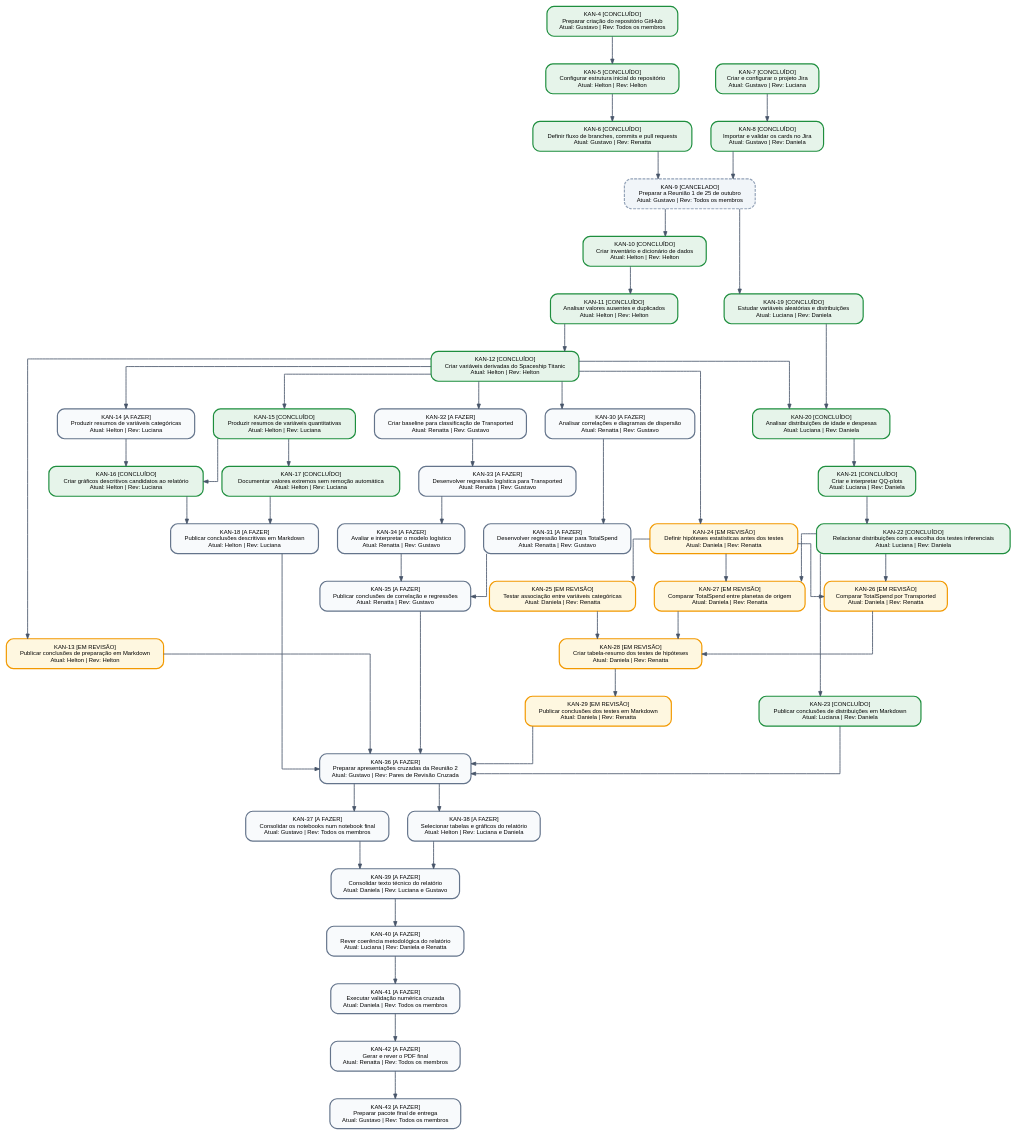
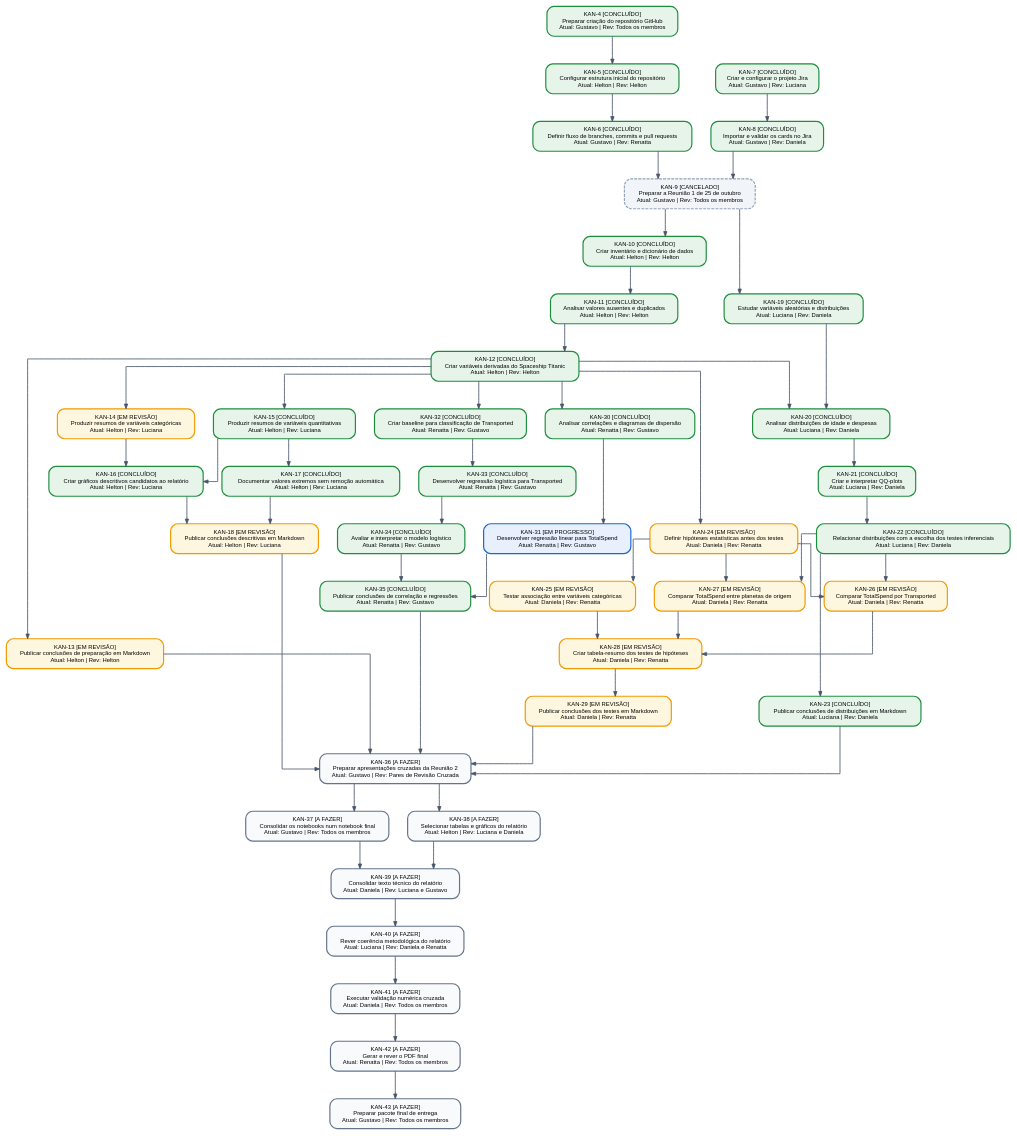
The diagram in docs/mapa_dependencias_jira.dot (gmenezesg/spaceship-titanic-estatistica-posdl), drawn with Graphviz before and after one commit. The commit also changed 4 other files, not shown here.

```diff
--- a/docs/mapa_dependencias_jira.dot
+++ b/docs/mapa_dependencias_jira.dot
@@ -1,103 +1,103 @@
 digraph JiraDependencyMap {
     rankdir=TB;
     splines=ortho;
     nodesep=0.45;
     ranksep=0.65;
     fontname="Helvetica";
     node [shape=box, style="rounded,filled", fontname="Helvetica", fontsize=10, margin="0.18,0.12", penwidth=2.0];
     edge [color="#475569", penwidth=1.4, arrowsize=0.8];
 
     "KAN-4" [label="KAN-4 [CONCLUÍDO]\nPreparar criação do repositório GitHub\nAtual: Gustavo | Rev: Todos os membros", fillcolor="#E6F4EA", color="#1E8E3E", style="rounded,filled"];
     "KAN-5" [label="KAN-5 [CONCLUÍDO]\nConfigurar estrutura inicial do repositório\nAtual: Helton | Rev: Helton", fillcolor="#E6F4EA", color="#1E8E3E", style="rounded,filled"];
     "KAN-6" [label="KAN-6 [CONCLUÍDO]\nDefinir fluxo de branches, commits e pull requests\nAtual: Gustavo | Rev: Renatta", fillcolor="#E6F4EA", color="#1E8E3E", style="rounded,filled"];
     "KAN-7" [label="KAN-7 [CONCLUÍDO]\nCriar e configurar o projeto Jira\nAtual: Gustavo | Rev: Luciana", fillcolor="#E6F4EA", color="#1E8E3E", style="rounded,filled"];
     "KAN-8" [label="KAN-8 [CONCLUÍDO]\nImportar e validar os cards no Jira\nAtual: Gustavo | Rev: Daniela", fillcolor="#E6F4EA", color="#1E8E3E", style="rounded,filled"];
     "KAN-9" [label="KAN-9 [CANCELADO]\nPreparar a Reunião 1 de 25 de outubro\nAtual: Gustavo | Rev: Todos os membros", fillcolor="#F1F5F9", color="#94A3B8", style="rounded,filled,dashed"];
     "KAN-10" [label="KAN-10 [CONCLUÍDO]\nCriar inventário e dicionário de dados\nAtual: Helton | Rev: Helton", fillcolor="#E6F4EA", color="#1E8E3E", style="rounded,filled"];
     "KAN-11" [label="KAN-11 [CONCLUÍDO]\nAnalisar valores ausentes e duplicados\nAtual: Helton | Rev: Helton", fillcolor="#E6F4EA", color="#1E8E3E", style="rounded,filled"];
     "KAN-12" [label="KAN-12 [CONCLUÍDO]\nCriar variáveis derivadas do Spaceship Titanic\nAtual: Helton | Rev: Helton", fillcolor="#E6F4EA", color="#1E8E3E", style="rounded,filled"];
     "KAN-13" [label="KAN-13 [EM REVISÃO]\nPublicar conclusões de preparação em Markdown\nAtual: Helton | Rev: Helton", fillcolor="#FEF7E0", color="#F29900", style="rounded,filled"];
-    "KAN-14" [label="KAN-14 [A FAZER]\nProduzir resumos de variáveis categóricas\nAtual: Helton | Rev: Luciana", fillcolor="#F8FAFC", color="#64748B", style="rounded,filled"];
+    "KAN-14" [label="KAN-14 [EM REVISÃO]\nProduzir resumos de variáveis categóricas\nAtual: Helton | Rev: Luciana", fillcolor="#FEF7E0", color="#F29900", style="rounded,filled"];
     "KAN-15" [label="KAN-15 [CONCLUÍDO]\nProduzir resumos de variáveis quantitativas\nAtual: Helton | Rev: Luciana", fillcolor="#E6F4EA", color="#1E8E3E", style="rounded,filled"];
     "KAN-16" [label="KAN-16 [CONCLUÍDO]\nCriar gráficos descritivos candidatos ao relatório\nAtual: Helton | Rev: Luciana", fillcolor="#E6F4EA", color="#1E8E3E", style="rounded,filled"];
     "KAN-17" [label="KAN-17 [CONCLUÍDO]\nDocumentar valores extremos sem remoção automática\nAtual: Helton | Rev: Luciana", fillcolor="#E6F4EA", color="#1E8E3E", style="rounded,filled"];
-    "KAN-18" [label="KAN-18 [A FAZER]\nPublicar conclusões descritivas em Markdown\nAtual: Helton | Rev: Luciana", fillcolor="#F8FAFC", color="#64748B", style="rounded,filled"];
+    "KAN-18" [label="KAN-18 [EM REVISÃO]\nPublicar conclusões descritivas em Markdown\nAtual: Helton | Rev: Luciana", fillcolor="#FEF7E0", color="#F29900", style="rounded,filled"];
     "KAN-19" [label="KAN-19 [CONCLUÍDO]\nEstudar variáveis aleatórias e distribuições\nAtual: Luciana | Rev: Daniela", fillcolor="#E6F4EA", color="#1E8E3E", style="rounded,filled"];
     "KAN-20" [label="KAN-20 [CONCLUÍDO]\nAnalisar distribuições de idade e despesas\nAtual: Luciana | Rev: Daniela", fillcolor="#E6F4EA", color="#1E8E3E", style="rounded,filled"];
     "KAN-21" [label="KAN-21 [CONCLUÍDO]\nCriar e interpretar QQ-plots\nAtual: Luciana | Rev: Daniela", fillcolor="#E6F4EA", color="#1E8E3E", style="rounded,filled"];
     "KAN-22" [label="KAN-22 [CONCLUÍDO]\nRelacionar distribuições com a escolha dos testes inferenciais\nAtual: Luciana | Rev: Daniela", fillcolor="#E6F4EA", color="#1E8E3E", style="rounded,filled"];
     "KAN-23" [label="KAN-23 [CONCLUÍDO]\nPublicar conclusões de distribuições em Markdown\nAtual: Luciana | Rev: Daniela", fillcolor="#E6F4EA", color="#1E8E3E", style="rounded,filled"];
     "KAN-24" [label="KAN-24 [EM REVISÃO]\nDefinir hipóteses estatísticas antes dos testes\nAtual: Daniela | Rev: Renatta", fillcolor="#FEF7E0", color="#F29900", style="rounded,filled"];
     "KAN-25" [label="KAN-25 [EM REVISÃO]\nTestar associação entre variáveis categóricas\nAtual: Daniela | Rev: Renatta", fillcolor="#FEF7E0", color="#F29900", style="rounded,filled"];
     "KAN-26" [label="KAN-26 [EM REVISÃO]\nComparar TotalSpend por Transported\nAtual: Daniela | Rev: Renatta", fillcolor="#FEF7E0", color="#F29900", style="rounded,filled"];
     "KAN-27" [label="KAN-27 [EM REVISÃO]\nComparar TotalSpend entre planetas de origem\nAtual: Daniela | Rev: Renatta", fillcolor="#FEF7E0", color="#F29900", style="rounded,filled"];
     "KAN-28" [label="KAN-28 [EM REVISÃO]\nCriar tabela-resumo dos testes de hipóteses\nAtual: Daniela | Rev: Renatta", fillcolor="#FEF7E0", color="#F29900", style="rounded,filled"];
     "KAN-29" [label="KAN-29 [EM REVISÃO]\nPublicar conclusões dos testes em Markdown\nAtual: Daniela | Rev: Renatta", fillcolor="#FEF7E0", color="#F29900", style="rounded,filled"];
-    "KAN-30" [label="KAN-30 [A FAZER]\nAnalisar correlações e diagramas de dispersão\nAtual: Renatta | Rev: Gustavo", fillcolor="#F8FAFC", color="#64748B", style="rounded,filled"];
-    "KAN-31" [label="KAN-31 [A FAZER]\nDesenvolver regressão linear para TotalSpend\nAtual: Renatta | Rev: Gustavo", fillcolor="#F8FAFC", color="#64748B", style="rounded,filled"];
-    "KAN-32" [label="KAN-32 [A FAZER]\nCriar baseline para classificação de Transported\nAtual: Renatta | Rev: Gustavo", fillcolor="#F8FAFC", color="#64748B", style="rounded,filled"];
-    "KAN-33" [label="KAN-33 [A FAZER]\nDesenvolver regressão logística para Transported\nAtual: Renatta | Rev: Gustavo", fillcolor="#F8FAFC", color="#64748B", style="rounded,filled"];
-    "KAN-34" [label="KAN-34 [A FAZER]\nAvaliar e interpretar o modelo logístico\nAtual: Renatta | Rev: Gustavo", fillcolor="#F8FAFC", color="#64748B", style="rounded,filled"];
-    "KAN-35" [label="KAN-35 [A FAZER]\nPublicar conclusões de correlação e regressões\nAtual: Renatta | Rev: Gustavo", fillcolor="#F8FAFC", color="#64748B", style="rounded,filled"];
+    "KAN-30" [label="KAN-30 [CONCLUÍDO]\nAnalisar correlações e diagramas de dispersão\nAtual: Renatta | Rev: Gustavo", fillcolor="#E6F4EA", color="#1E8E3E", style="rounded,filled"];
+    "KAN-31" [label="KAN-31 [EM PROGRESSO]\nDesenvolver regressão linear para TotalSpend\nAtual: Renatta | Rev: Gustavo", fillcolor="#E8F0FE", color="#1967D2", style="rounded,filled"];
+    "KAN-32" [label="KAN-32 [CONCLUÍDO]\nCriar baseline para classificação de Transported\nAtual: Renatta | Rev: Gustavo", fillcolor="#E6F4EA", color="#1E8E3E", style="rounded,filled"];
+    "KAN-33" [label="KAN-33 [CONCLUÍDO]\nDesenvolver regressão logística para Transported\nAtual: Renatta | Rev: Gustavo", fillcolor="#E6F4EA", color="#1E8E3E", style="rounded,filled"];
+    "KAN-34" [label="KAN-34 [CONCLUÍDO]\nAvaliar e interpretar o modelo logístico\nAtual: Renatta | Rev: Gustavo", fillcolor="#E6F4EA", color="#1E8E3E", style="rounded,filled"];
+    "KAN-35" [label="KAN-35 [CONCLUÍDO]\nPublicar conclusões de correlação e regressões\nAtual: Renatta | Rev: Gustavo", fillcolor="#E6F4EA", color="#1E8E3E", style="rounded,filled"];
     "KAN-36" [label="KAN-36 [A FAZER]\nPreparar apresentações cruzadas da Reunião 2\nAtual: Gustavo | Rev: Pares de Revisão Cruzada", fillcolor="#F8FAFC", color="#64748B", style="rounded,filled"];
     "KAN-37" [label="KAN-37 [A FAZER]\nConsolidar os notebooks num notebook final\nAtual: Gustavo | Rev: Todos os membros", fillcolor="#F8FAFC", color="#64748B", style="rounded,filled"];
     "KAN-38" [label="KAN-38 [A FAZER]\nSelecionar tabelas e gráficos do relatório\nAtual: Helton | Rev: Luciana e Daniela", fillcolor="#F8FAFC", color="#64748B", style="rounded,filled"];
     "KAN-39" [label="KAN-39 [A FAZER]\nConsolidar texto técnico do relatório\nAtual: Daniela | Rev: Luciana e Gustavo", fillcolor="#F8FAFC", color="#64748B", style="rounded,filled"];
     "KAN-40" [label="KAN-40 [A FAZER]\nRever coerência metodológica do relatório\nAtual: Luciana | Rev: Daniela e Renatta", fillcolor="#F8FAFC", color="#64748B", style="rounded,filled"];
     "KAN-41" [label="KAN-41 [A FAZER]\nExecutar validação numérica cruzada\nAtual: Daniela | Rev: Todos os membros", fillcolor="#F8FAFC", color="#64748B", style="rounded,filled"];
     "KAN-42" [label="KAN-42 [A FAZER]\nGerar e rever o PDF final\nAtual: Renatta | Rev: Todos os membros", fillcolor="#F8FAFC", color="#64748B", style="rounded,filled"];
     "KAN-43" [label="KAN-43 [A FAZER]\nPreparar pacote final de entrega\nAtual: Gustavo | Rev: Todos os membros", fillcolor="#F8FAFC", color="#64748B", style="rounded,filled"];
 
     "KAN-4" -> "KAN-5";
     "KAN-5" -> "KAN-6";
     "KAN-7" -> "KAN-8";
     "KAN-6" -> "KAN-9";
     "KAN-8" -> "KAN-9";
     "KAN-9" -> "KAN-10";
     "KAN-10" -> "KAN-11";
     "KAN-11" -> "KAN-12";
     "KAN-12" -> "KAN-13";
     "KAN-12" -> "KAN-14";
     "KAN-12" -> "KAN-15";
     "KAN-14" -> "KAN-16";
     "KAN-15" -> "KAN-16";
     "KAN-15" -> "KAN-17";
     "KAN-16" -> "KAN-18";
     "KAN-17" -> "KAN-18";
     "KAN-9" -> "KAN-19";
     "KAN-12" -> "KAN-20";
     "KAN-19" -> "KAN-20";
     "KAN-20" -> "KAN-21";
     "KAN-21" -> "KAN-22";
     "KAN-22" -> "KAN-23";
     "KAN-12" -> "KAN-24";
     "KAN-24" -> "KAN-25";
     "KAN-22" -> "KAN-26";
     "KAN-24" -> "KAN-26";
     "KAN-22" -> "KAN-27";
     "KAN-24" -> "KAN-27";
     "KAN-25" -> "KAN-28";
     "KAN-26" -> "KAN-28";
     "KAN-27" -> "KAN-28";
     "KAN-28" -> "KAN-29";
     "KAN-12" -> "KAN-30";
     "KAN-30" -> "KAN-31";
     "KAN-12" -> "KAN-32";
     "KAN-32" -> "KAN-33";
     "KAN-33" -> "KAN-34";
     "KAN-34" -> "KAN-35";
     "KAN-31" -> "KAN-35";
     "KAN-13" -> "KAN-36";
     "KAN-18" -> "KAN-36";
     "KAN-23" -> "KAN-36";
     "KAN-29" -> "KAN-36";
     "KAN-35" -> "KAN-36";
     "KAN-36" -> "KAN-37";
     "KAN-36" -> "KAN-38";
     "KAN-37" -> "KAN-39";
     "KAN-38" -> "KAN-39";
     "KAN-39" -> "KAN-40";
     "KAN-40" -> "KAN-41";
     "KAN-41" -> "KAN-42";
     "KAN-42" -> "KAN-43";
 }
```
